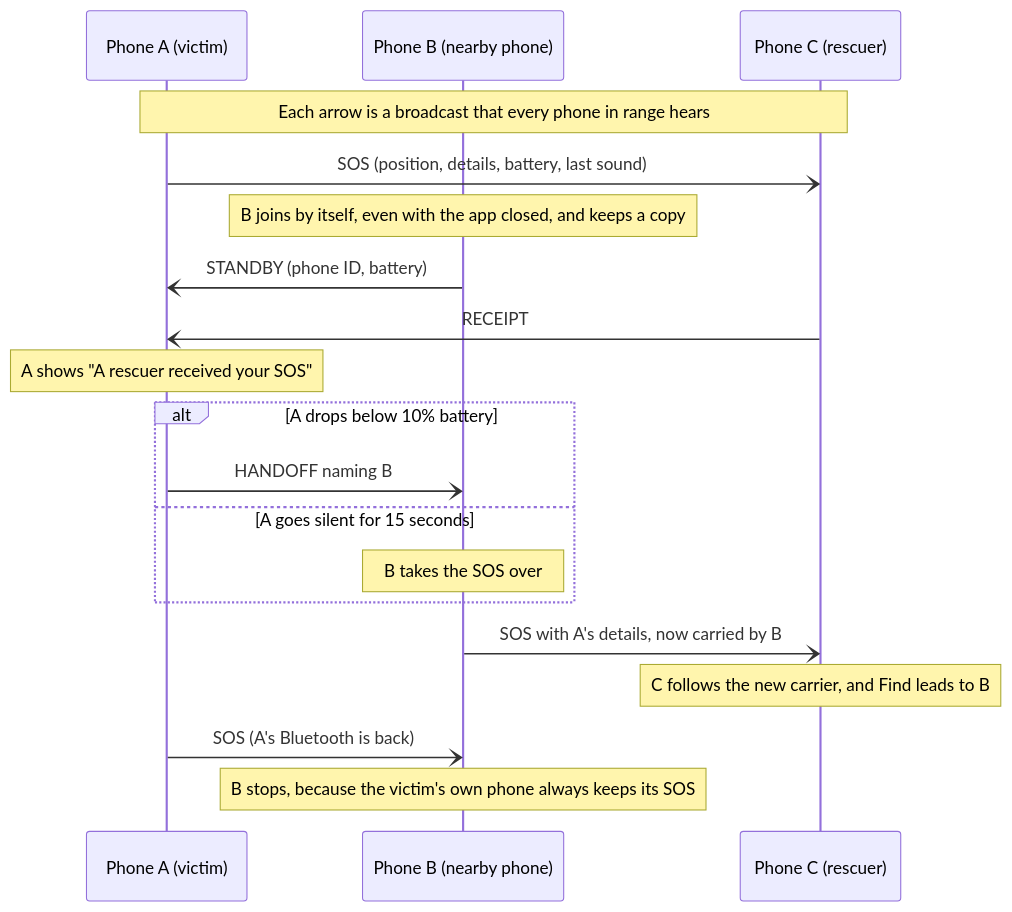
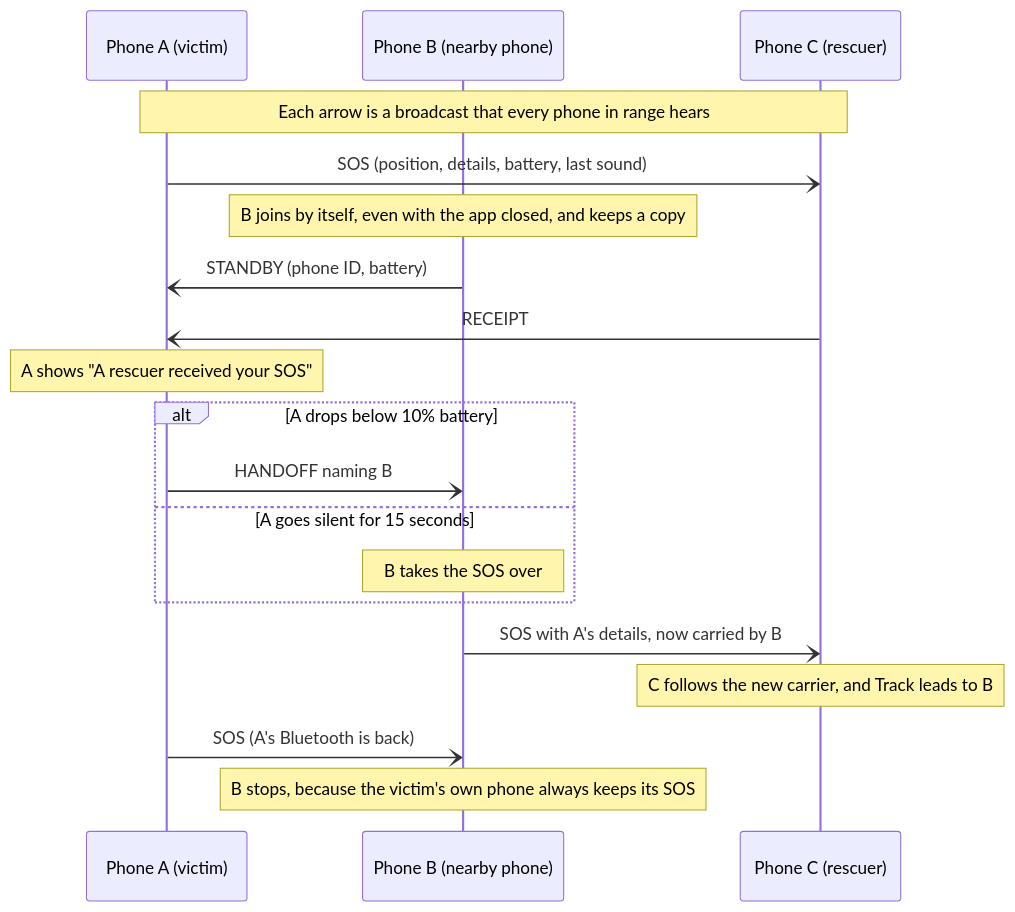
The diagram in README.md (Aayushkumar-gupta/FlareHop), drawn with Mermaid before and after one commit. The commit also changed other lines of this file and 16 other files, not shown here.

````diff
--- a/README.md
+++ b/README.md
@@ -52,21 +58,21 @@
 ```mermaid
 sequenceDiagram
     participant A as Phone A (victim)
     participant B as Phone B (nearby phone)
     participant C as Phone C (rescuer)
     Note over A,C: Each arrow is a broadcast that every phone in range hears
     A-)C: SOS (position, details, battery, last sound)
     Note over B: B joins by itself, even with the app closed, and keeps a copy
     B-)A: STANDBY (phone ID, battery)
     C-)A: RECEIPT
     Note over A: A shows "A rescuer received your SOS"
     alt A drops below 10% battery
         A-)B: HANDOFF naming B
     else A goes silent for 15 seconds
         Note over B: B takes the SOS over
     end
     B-)C: SOS with A's details, now carried by B
-    Note over C: C follows the new carrier, and Find leads to B
+    Note over C: C follows the new carrier, and Track leads to B
     A-)B: SOS (A's Bluetooth is back)
     Note over B: B stops, because the victim's own phone always keeps its SOS
 ```
````
